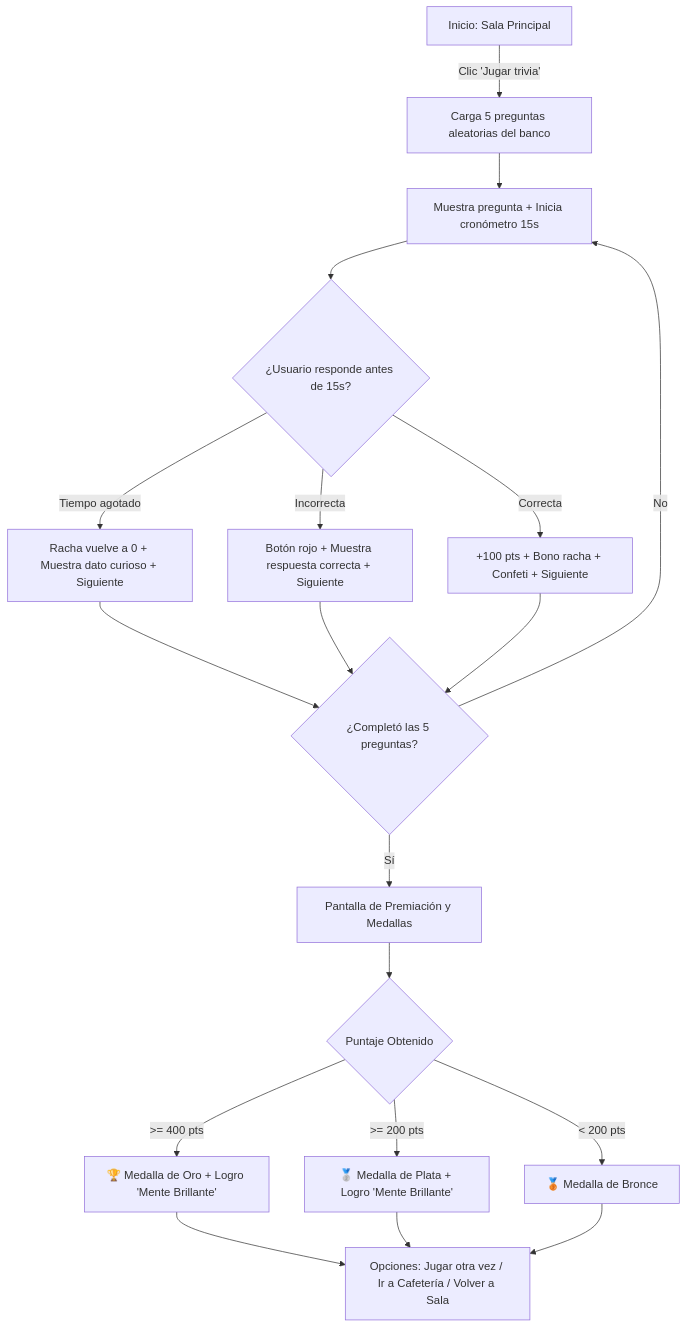
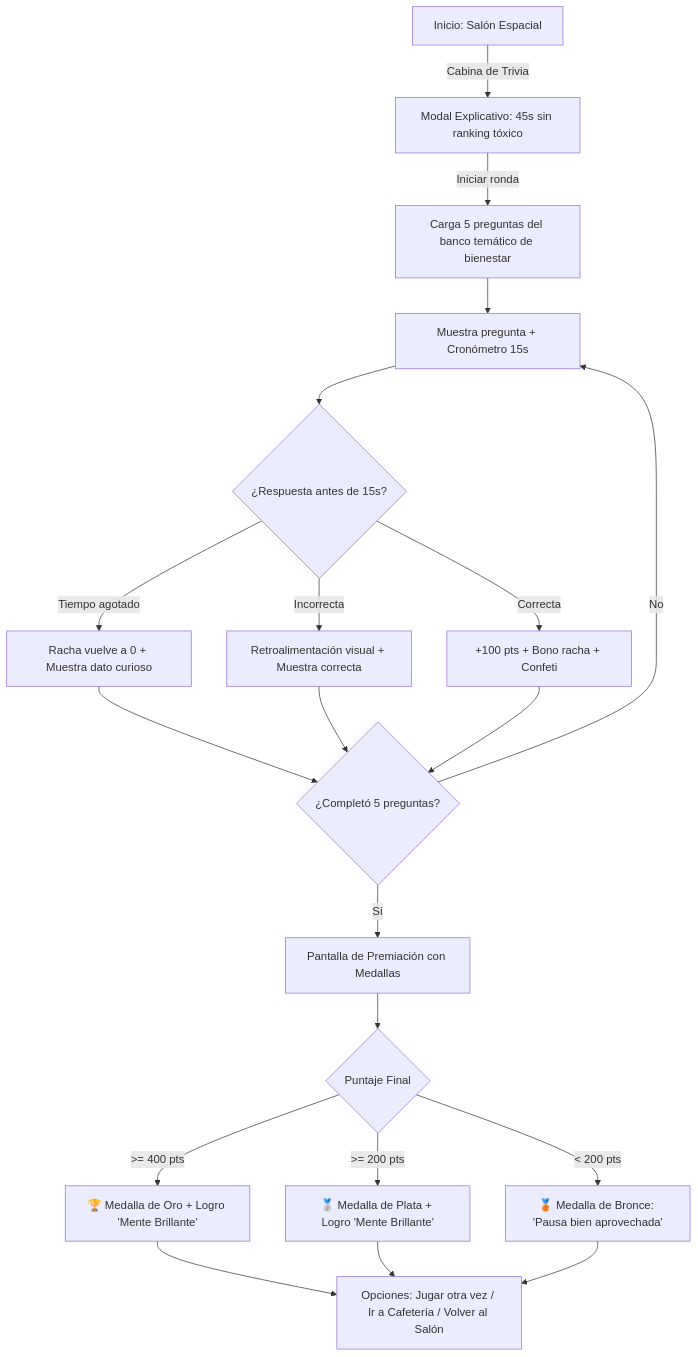
The third of 4 diagrams in Entregable_6_Grupo_7_Evaluacion_y_Cambios.md (HinaraSM12/PlayBreak), drawn with Mermaid before and after one commit. The commit also changed other lines of this file and 7 other files, not shown here.

````diff
--- a/Entregable_6_Grupo_7_Evaluacion_y_Cambios.md
+++ b/Entregable_6_Grupo_7_Evaluacion_y_Cambios.md
@@ -141,17 +170,18 @@
 ```mermaid
 graph TD
-    A[Inicio: Sala Principal] -->|Clic 'Jugar trivia'| B[Carga 5 preguntas aleatorias del banco]
-    B --> C[Muestra pregunta + Inicia cronómetro 15s]
-    C --> D{¿Usuario responde antes de 15s?}
-    D -->|Tiempo agotado| E[Racha vuelve a 0 + Muestra dato curioso + Siguiente]
-    D -->|Incorrecta| F[Botón rojo + Muestra respuesta correcta + Siguiente]
-    D -->|Correcta| G[+100 pts + Bono racha + Confeti + Siguiente]
-    E & F & G --> H{¿Completó las 5 preguntas?}
-    H -->|No| C
-    H -->|Sí| I[Pantalla de Premiación y Medallas]
-    I --> J{Puntaje Obtenido}
-    J -->|>= 400 pts| K[🏆 Medalla de Oro + Logro 'Mente Brillante']
-    J -->|>= 200 pts| L[🥈 Medalla de Plata + Logro 'Mente Brillante']
-    J -->|< 200 pts| M[🥉 Medalla de Bronce]
-    K & L & M --> N[Opciones: Jugar otra vez / Ir a Cafetería / Volver a Sala]
+    A[Inicio: Salón Espacial] -->|Cabina de Trivia| B[Modal Explicativo: 45s sin ranking tóxico]
+    B -->|Iniciar ronda| C[Carga 5 preguntas del banco temático de bienestar]
+    C --> D[Muestra pregunta + Cronómetro 15s]
+    D --> E{¿Respuesta antes de 15s?}
+    E -->|Tiempo agotado| F[Racha vuelve a 0 + Muestra dato curioso]
+    E -->|Incorrecta| G[Retroalimentación visual + Muestra correcta]
+    E -->|Correcta| H[+100 pts + Bono racha + Confeti]
+    F & G & H --> I{¿Completó 5 preguntas?}
+    I -->|No| D
+    I -->|Sí| J[Pantalla de Premiación con Medallas]
+    J --> K{Puntaje Final}
+    K -->|>= 400 pts| L[🏆 Medalla de Oro + Logro 'Mente Brillante']
+    K -->|>= 200 pts| M[🥈 Medalla de Plata + Logro 'Mente Brillante']
+    K -->|< 200 pts| N[🥉 Medalla de Bronce: 'Pausa bien aprovechada']
+    L & M & N --> O[Opciones: Jugar otra vez / Ir a Cafetería / Volver al Salón]
 ```
````
